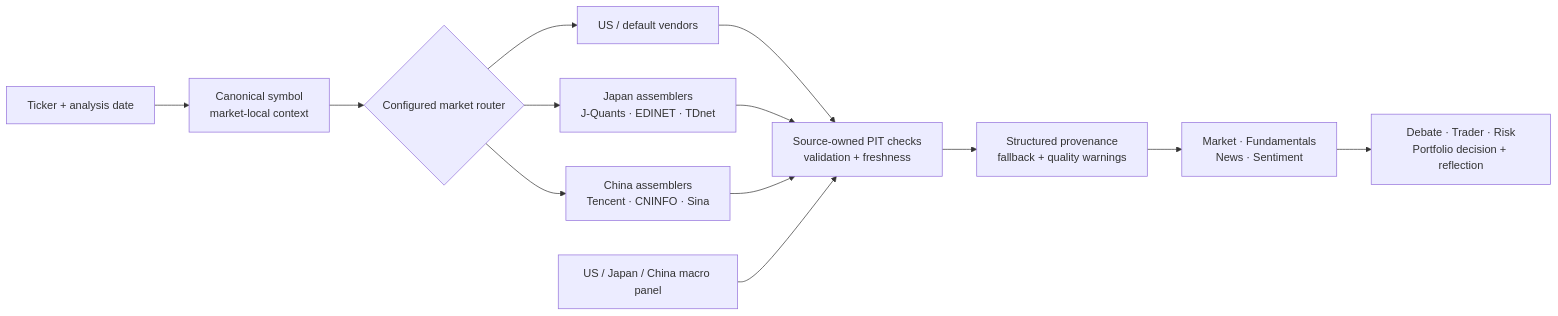
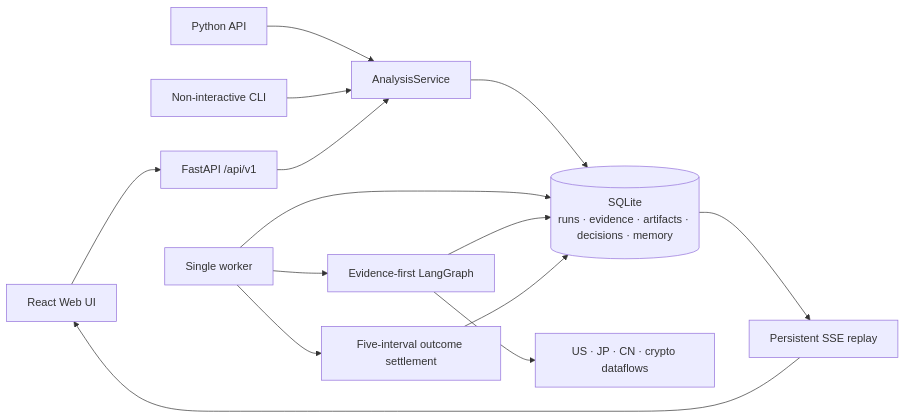
The diagram in README.md (qingchiang/trading-agents-x), drawn with Mermaid before and after one commit. The commit also changed other lines of this file and 309 other files, not shown here.

````diff
--- a/README.md
+++ b/README.md
@@ -63,15 +155,16 @@
 ```mermaid
 flowchart LR
-    Input["Ticker + analysis date"] --> Context["Canonical symbol<br/>market-local context"]
-    Context --> Router{"Configured market router"}
-    Router --> US["US / default vendors"]
-    Router --> JP["Japan assemblers<br/>J-Quants · EDINET · TDnet"]
-    Router --> CN["China assemblers<br/>Tencent · CNINFO · Sina"]
-    US --> Guard["Source-owned PIT checks<br/>validation + freshness"]
-    JP --> Guard
-    CN --> Guard
-    Macro["US / Japan / China macro panel"] --> Guard
-    Guard --> Provenance["Structured provenance<br/>fallback + quality warnings"]
-    Provenance --> Analysts["Market · Fundamentals<br/>News · Sentiment"]
-    Analysts --> Decision["Debate · Trader · Risk<br/>Portfolio decision + reflection"]
+    UI["React Web UI"] --> API["FastAPI /api/v1"]
+    PY["Python API"] --> SVC["AnalysisService"]
+    CLI["Non-interactive CLI"] --> SVC
+    API --> SVC
+    SVC --> DB[("SQLite<br/>runs · evidence · artifacts · decisions · memory")]
+    WORKER["Single worker"] --> DB
+    WORKER --> GRAPH["Evidence-first LangGraph"]
+    GRAPH --> DATA["US · JP · CN · crypto dataflows"]
+    GRAPH --> DB
+    WORKER --> OUTCOME["Five-interval outcome settlement"]
+    OUTCOME --> DB
+    DB --> SSE["Persistent SSE replay"]
+    SSE --> UI
 ```
````
